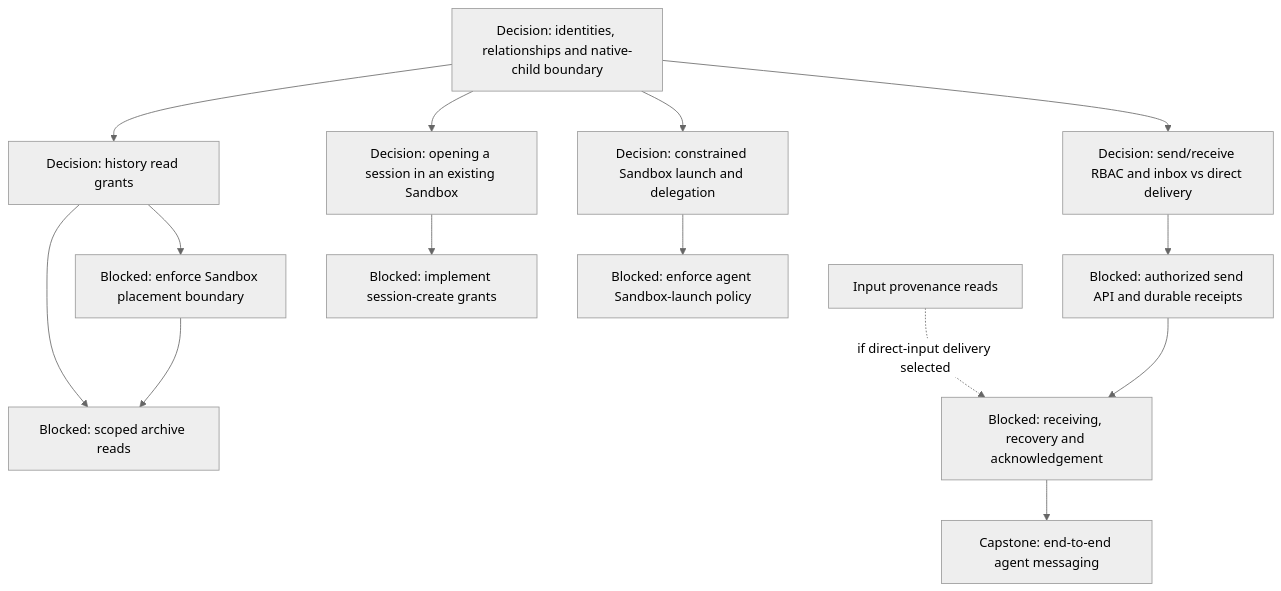
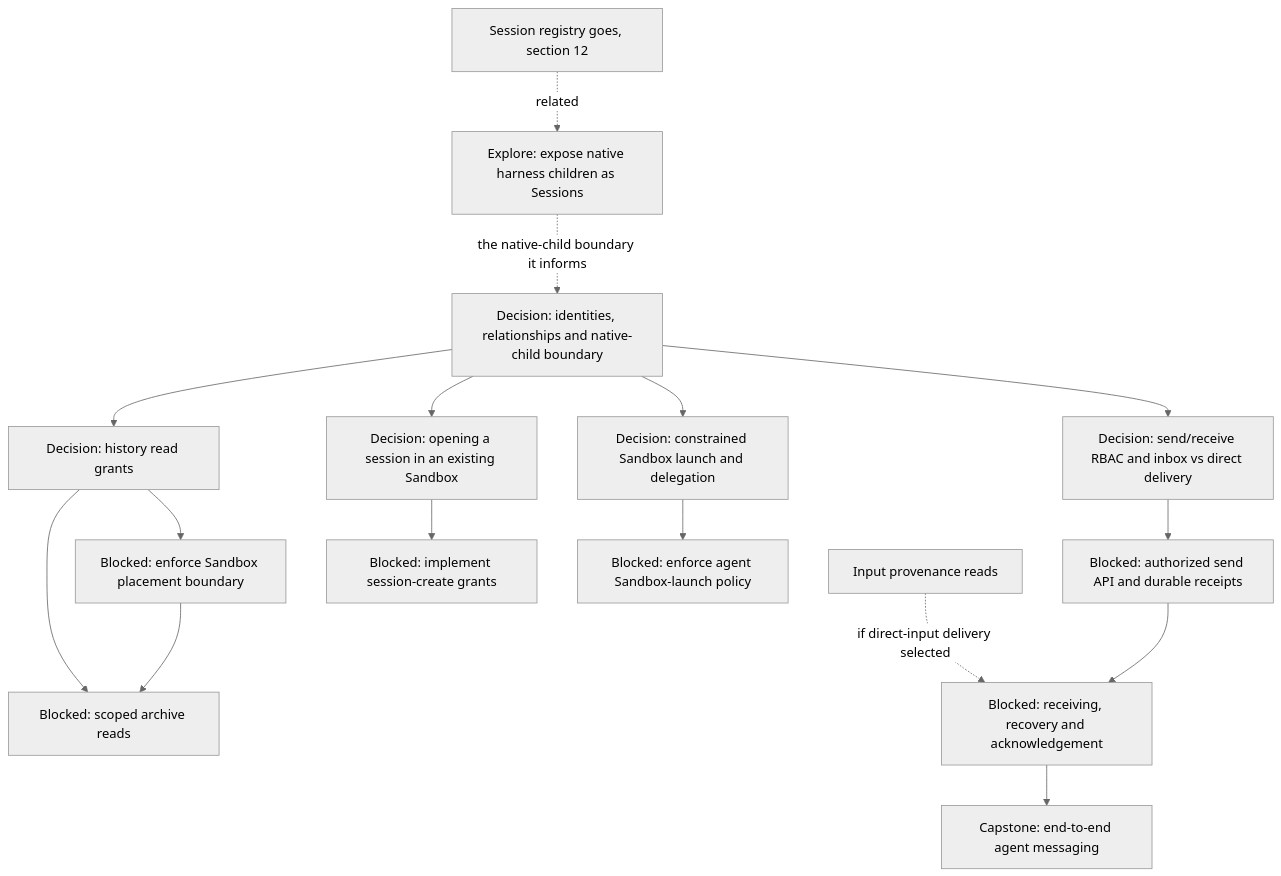
The fifth of 15 diagrams in agentplane/plans/task_dag.md (agentydragon-agent/ducktape), drawn with Mermaid (neutral theme) before and after one commit. The commit also changed other lines of this file, not shown here.

First line of the commit message:
docs(agentplane): add VM sizing, guest budget, idle-suspend and native-subagent DAG nodes

````diff
--- a/agentplane/plans/task_dag.md
+++ b/agentplane/plans/task_dag.md
@@ -216,28 +216,31 @@
 ```mermaid
 flowchart TD
     MULTIAGENT_MODEL[Decision: identities, relationships and native-child boundary]
     THREAD_READ_POLICY_DESIGN[Decision: history read grants]
     SANDBOX_COMPARTMENT_BOUNDARY[Blocked: enforce Sandbox placement boundary]
     THREAD_READ_POLICY[Blocked: scoped archive reads]
     AGENT_MESSAGING_DESIGN[Decision: send/receive RBAC and inbox vs direct delivery]
     AGENT_MESSAGE_INGRESS[Blocked: authorized send API and durable receipts]
     AGENT_MESSAGE_RECEPTION[Blocked: receiving, recovery and acknowledgement]
     AGENT_MESSAGING[Capstone: end-to-end agent messaging]
     THREAD_CREATE_POLICY[Decision: opening a session in an existing Sandbox]
     THREAD_CREATE_AUTHORIZATION[Blocked: implement session-create grants]
     AGENT_LAUNCH_POLICY_DESIGN[Decision: constrained Sandbox launch and delegation]
     AGENT_SANDBOX_LAUNCH[Blocked: enforce agent Sandbox-launch policy]
     MULTIAGENT_MODEL --> THREAD_READ_POLICY_DESIGN
     MULTIAGENT_MODEL --> AGENT_MESSAGING_DESIGN
     MULTIAGENT_MODEL --> THREAD_CREATE_POLICY
     MULTIAGENT_MODEL --> AGENT_LAUNCH_POLICY_DESIGN
     THREAD_READ_POLICY_DESIGN --> SANDBOX_COMPARTMENT_BOUNDARY
     THREAD_READ_POLICY_DESIGN --> THREAD_READ_POLICY
     SANDBOX_COMPARTMENT_BOUNDARY --> THREAD_READ_POLICY
     AGENT_MESSAGING_DESIGN --> AGENT_MESSAGE_INGRESS
     SESSION_INPUT_METADATA_READ[Input provenance reads] -. if direct-input delivery selected .-> AGENT_MESSAGE_RECEPTION
     AGENT_MESSAGE_INGRESS --> AGENT_MESSAGE_RECEPTION
     AGENT_MESSAGE_RECEPTION --> AGENT_MESSAGING
     THREAD_CREATE_POLICY --> THREAD_CREATE_AUTHORIZATION
     AGENT_LAUNCH_POLICY_DESIGN --> AGENT_SANDBOX_LAUNCH
+    NATIVE_SUBAGENT_EXPOSURE[Explore: expose native harness children as Sessions]
+    NATIVE_SUBAGENT_EXPOSURE -. the native-child boundary it informs .-> MULTIAGENT_MODEL
+    GATEWAY_WRAPPER_RETIRE[Session registry goes, section 12] -. related .-> NATIVE_SUBAGENT_EXPOSURE
 ```
````
